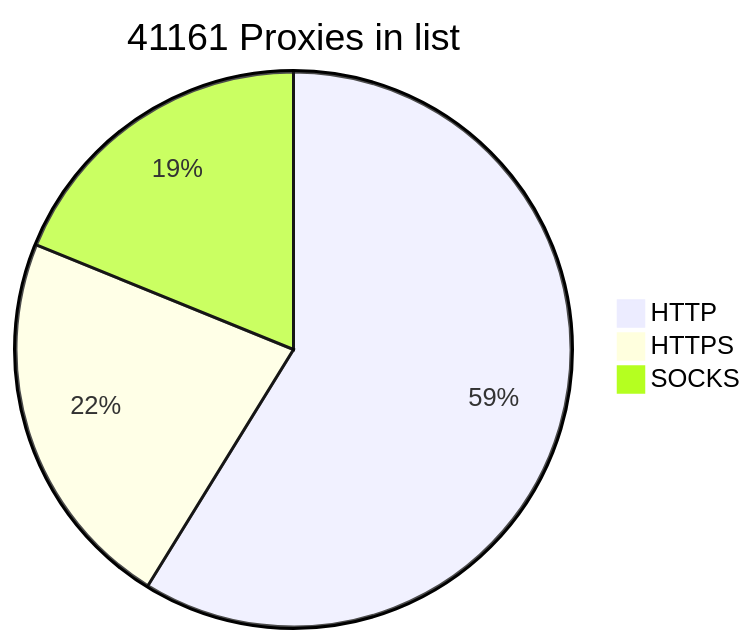
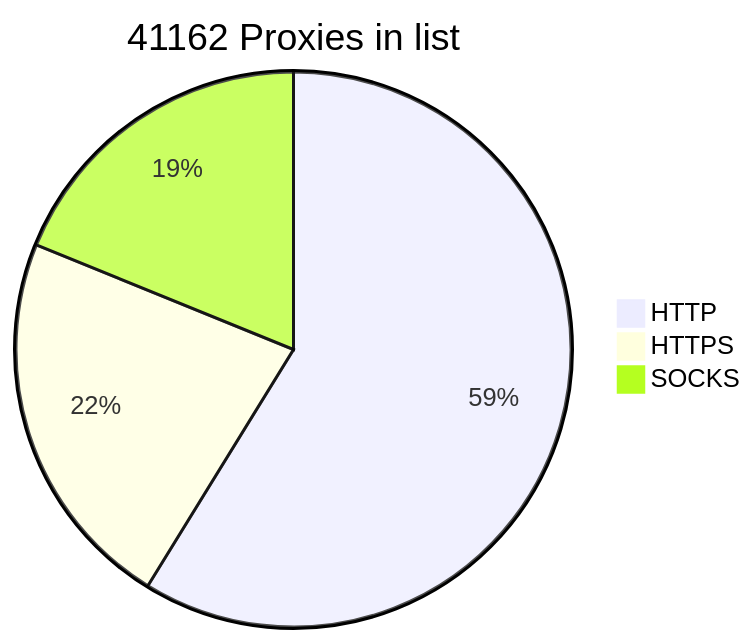
One commit to BlackSnowDot/proxylist-update-every-minute changed the diagram in README.md. Above: the diagram before and after it, drawn with Mermaid.

````diff
--- a/README.md
+++ b/README.md
@@ -2,6 +2,6 @@
 ```mermaid
-pie title 41161 Proxies in list
+pie title 41162 Proxies in list
     "HTTP" : 28399
     "HTTPS": 10798
-    "SOCKS" : 9106
+    "SOCKS" : 9107
 ```
````
